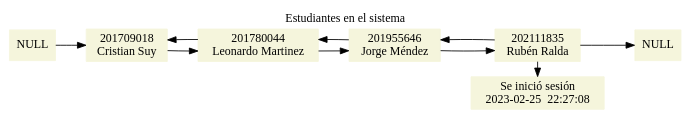
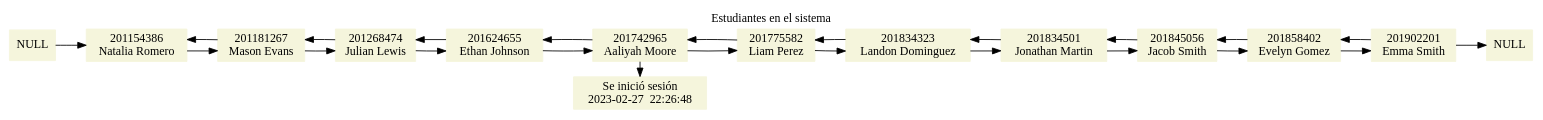
The diagram in EDD_Proyecto1_Fase1/textos/aceptados.dot (rubenralda/EDD_1S2023_PY_202111835), drawn with Graphviz before and after one commit. The commit also changed 4 other files, not shown here.

```diff
--- a/EDD_Proyecto1_Fase1/textos/aceptados.dot
+++ b/EDD_Proyecto1_Fase1/textos/aceptados.dot
@@ -1,19 +1,26 @@
 digraph G{
 
 rankdir=LR; 
  node[shape=rectangle, style=filled, color=beige, fontname="Century Gothic"]; 
  graph [fontname="Century Gothic"]; 
  labelloc="t"; label="Estudiantes en el sistema"; 
 nodonull1[label="NULL"];
 nodonull2[label="NULL"];
-0[label="201709018\nCristian Suy"]
-1[label="201780044\nLeonardo Martinez"]
-2[label="201955646\nJorge Méndez"]
-3[label="202111835\nRubén Ralda"]
-nodonull1->0 -> 1 -> 2 -> 3->nodonull2;
-3 -> 2 -> 1 -> 0;
-n0[label="Se inició sesión\n2023-02-25  22:27:08"]
-3 -> n0;
-{rank=same;3,n0}
+0[label="201154386\nNatalia Romero"]
+1[label="201181267\nMason Evans"]
+2[label="201268474\nJulian Lewis"]
+3[label="201624655\nEthan Johnson"]
+4[label="201742965\nAaliyah Moore"]
+5[label="201775582\nLiam Perez"]
+6[label="201834323\nLandon Dominguez"]
+7[label="201834501\nJonathan Martin"]
+8[label="201845056\nJacob Smith"]
+9[label="201858402\nEvelyn Gomez"]
+10[label="201902201\nEmma Smith"]
+nodonull1->0 -> 1 -> 2 -> 3 -> 4 -> 5 -> 6 -> 7 -> 8 -> 9 -> 10->nodonull2;
+10 -> 9 -> 8 -> 7 -> 6 -> 5 -> 4 -> 3 -> 2 -> 1 -> 0;
+n0[label="Se inició sesión\n2023-02-27  22:26:48"]
+4 -> n0;
+{rank=same;4,n0}
 
 }
```
